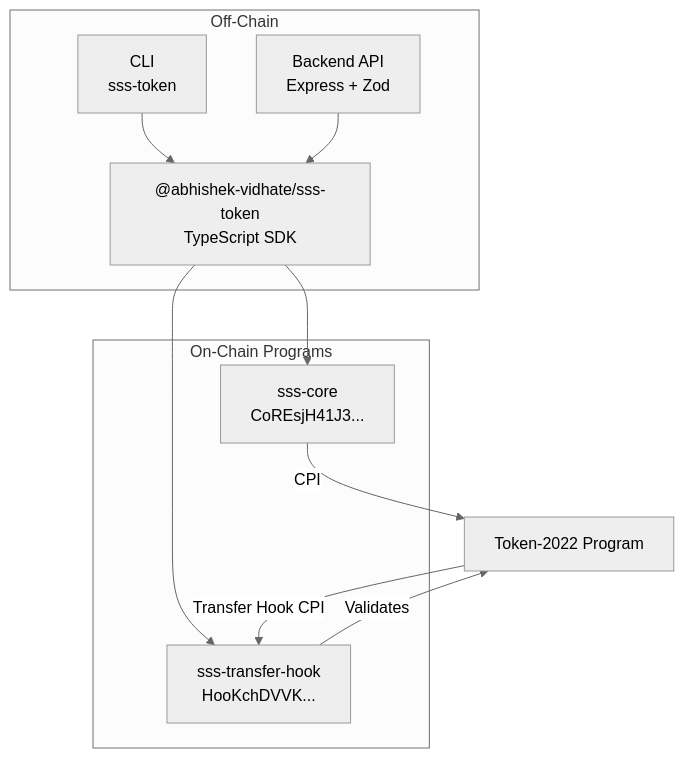
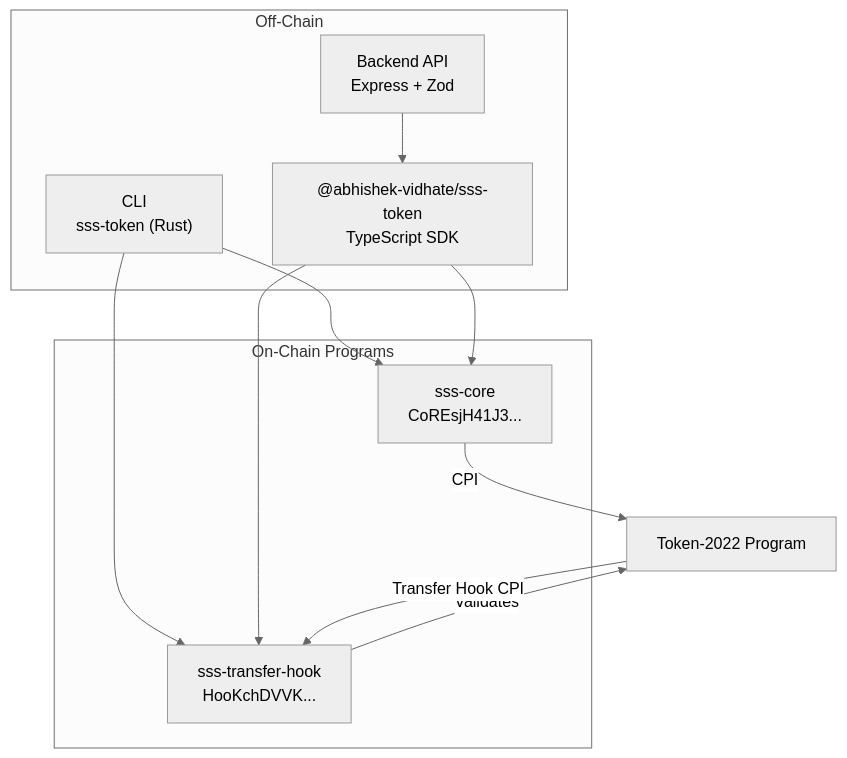
Before and after one commit to Abhishek-Vidhate/solana-stablecoin-standard: the first of 5 diagrams in docs/ARCHITECTURE.md, drawn with Mermaid (neutral theme). The commit also changed other lines of this file and 77 other files, not shown here.

Commit message:
Add test report generation (npm run test:report), CU/zero-copy assessment, reporter tooling, oracle tests, and SSS-3; fix report output via .report-requested and cwd Mocha resolution; CLI Rust migration and frontend app.

````diff
--- a/docs/ARCHITECTURE.md
+++ b/docs/ARCHITECTURE.md
@@ -9,22 +9,23 @@
 ```mermaid
 graph TD
     subgraph "Off-Chain"
-        CLI["CLI<br/>sss-token"]
+        CLI["CLI<br/>sss-token (Rust)"]
         Backend["Backend API<br/>Express + Zod"]
         SDK["@abhishek-vidhate/sss-token<br/>TypeScript SDK"]
     end
 
-    CLI --> SDK
+    CLI --> Core
+    CLI --> Hook
     Backend --> SDK
 
     subgraph "On-Chain Programs"
         Core["sss-core<br/>CoREsjH41J3..."]
         Hook["sss-transfer-hook<br/>HooKchDVVK..."]
     end
 
     SDK --> Core
     SDK --> Hook
     Core -->|"CPI"| T22["Token-2022 Program"]
     Hook -->|"Validates"| T22
     T22 -->|"Transfer Hook CPI"| Hook
 ```
````
